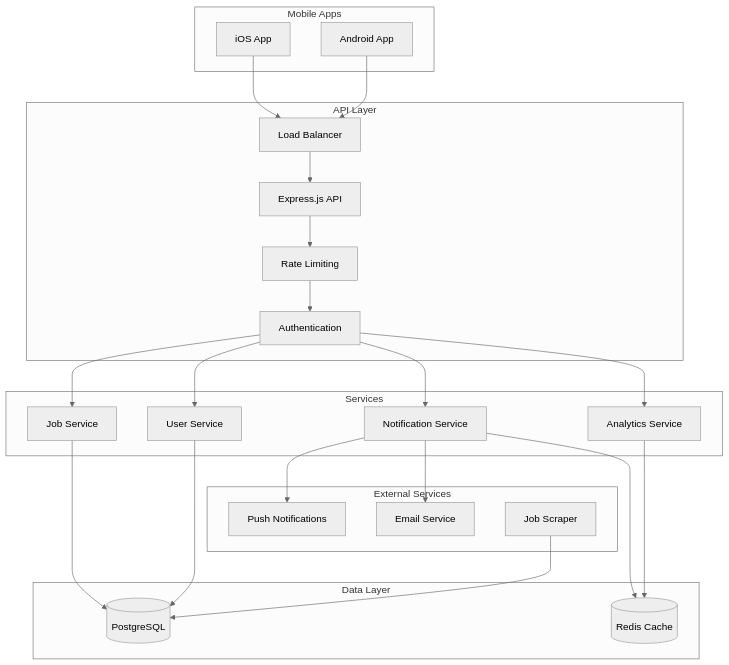
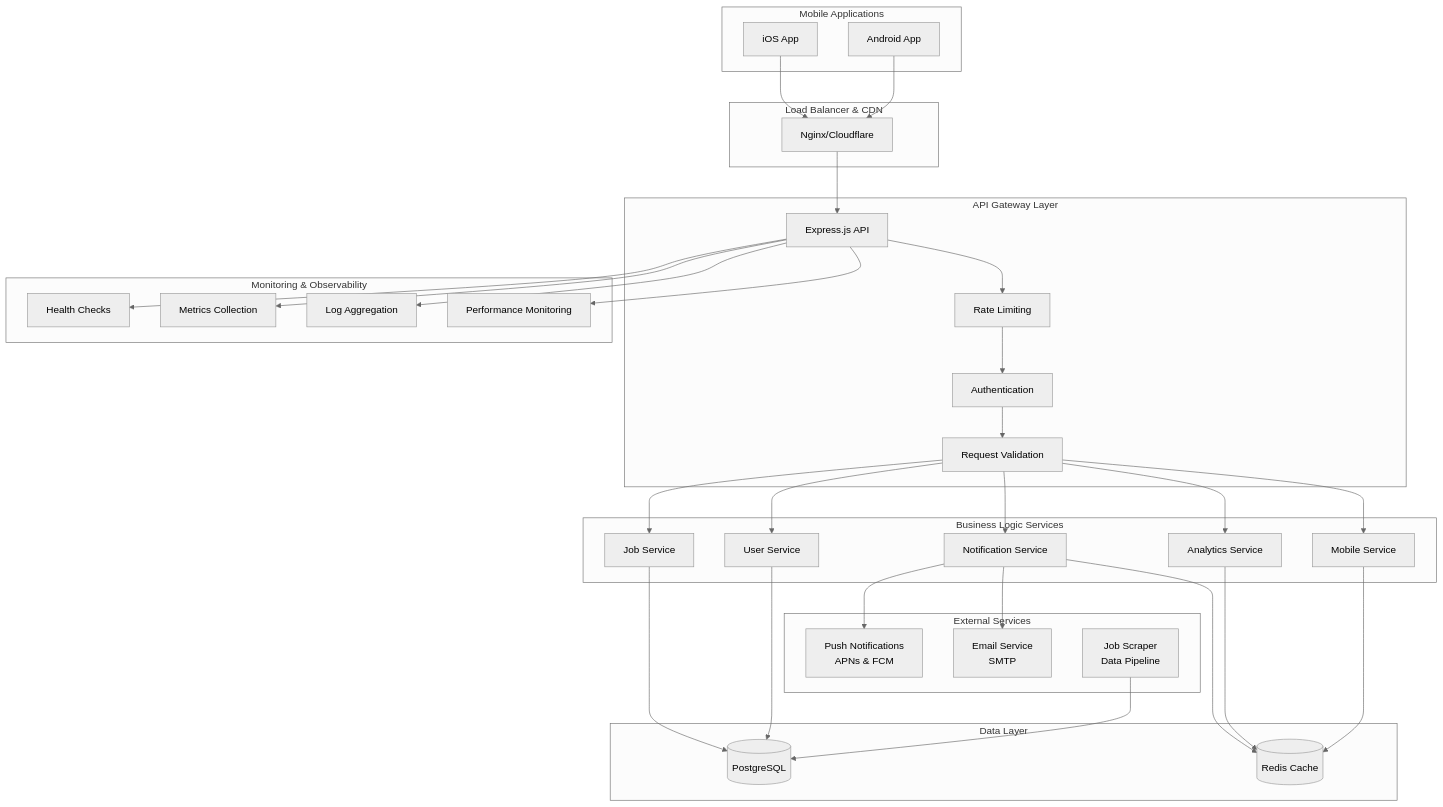
Before and after one commit to start-upps/birjobBackend: the diagram in README.md, drawn with Mermaid (neutral theme). The commit also changed other lines of this file, not shown here.

````diff
--- a/README.md
+++ b/README.md
@@ -64,49 +87,68 @@
 ```mermaid
 graph TB
-    subgraph "Mobile Apps"
+    subgraph "Mobile Applications"
         A[iOS App] 
         B[Android App]
     end
     
-    subgraph "API Layer"
-        C[Load Balancer]
+    subgraph "Load Balancer & CDN"
+        C[Nginx/Cloudflare]
+    end
+    
+    subgraph "API Gateway Layer"
         D[Express.js API]
         E[Rate Limiting]
         F[Authentication]
+        G[Request Validation]
     end
     
-    subgraph "Services"
-        G[Job Service]
-        H[Notification Service]  
-        I[Analytics Service]
-        J[User Service]
+    subgraph "Business Logic Services"
+        H[Job Service]
+        I[Notification Service]  
+        J[Analytics Service]
+        K[User Service]
+        L[Mobile Service]
     end
     
     subgraph "Data Layer"
-        K[(PostgreSQL)]
-        L[(Redis Cache)]
+        M[(PostgreSQL)]
+        N[(Redis Cache)]
     end
     
     subgraph "External Services"
-        M[Push Notifications]
-        N[Email Service]
-        O[Job Scraper]
+        O[Push Notifications<br/>APNs & FCM]
+        P[Email Service<br/>SMTP]
+        Q[Job Scraper<br/>Data Pipeline]
+    end
+    
+    subgraph "Monitoring & Observability"
+        R[Health Checks]
+        S[Metrics Collection]
+        T[Log Aggregation]
+        U[Performance Monitoring]
     end
     
     A --> C
     B --> C
     C --> D
     D --> E
     E --> F
     F --> G
-    F --> H
-    F --> I
-    F --> J
+    G --> H
+    G --> I
+    G --> J
     G --> K
-    H --> L
-    I --> L
-    J --> K
+    G --> L
     H --> M
-    H --> N
-    O --> K
+    I --> N
+    J --> N
+    K --> M
+    L --> N
+    I --> O
+    I --> P
+    Q --> M
+    D --> R
+    D --> S
+    D --> T
+    D --> U
 ```
````
